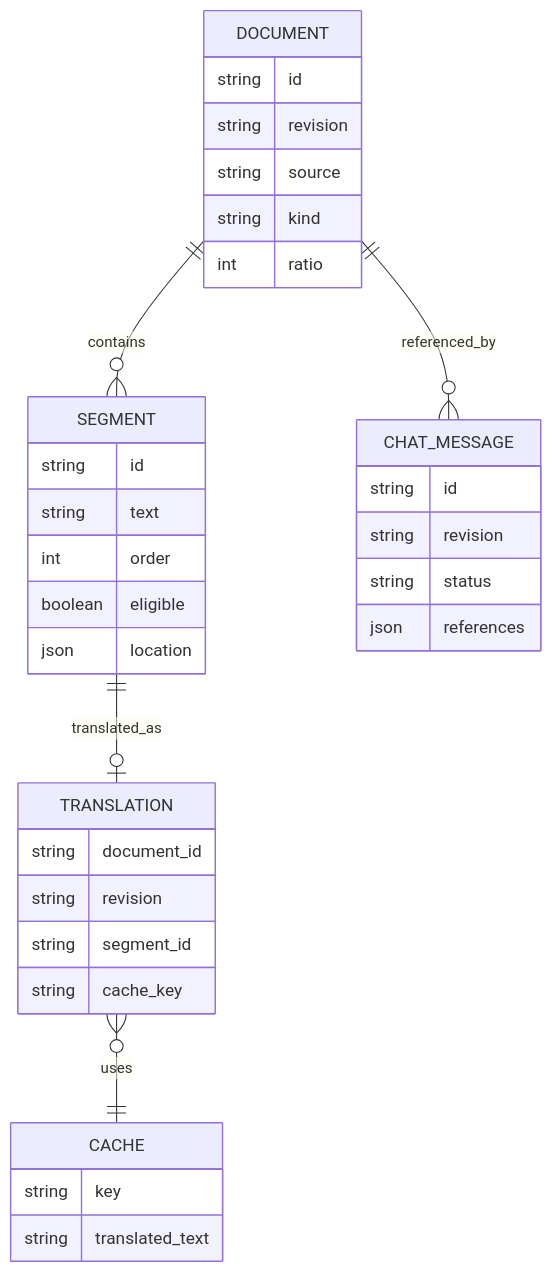
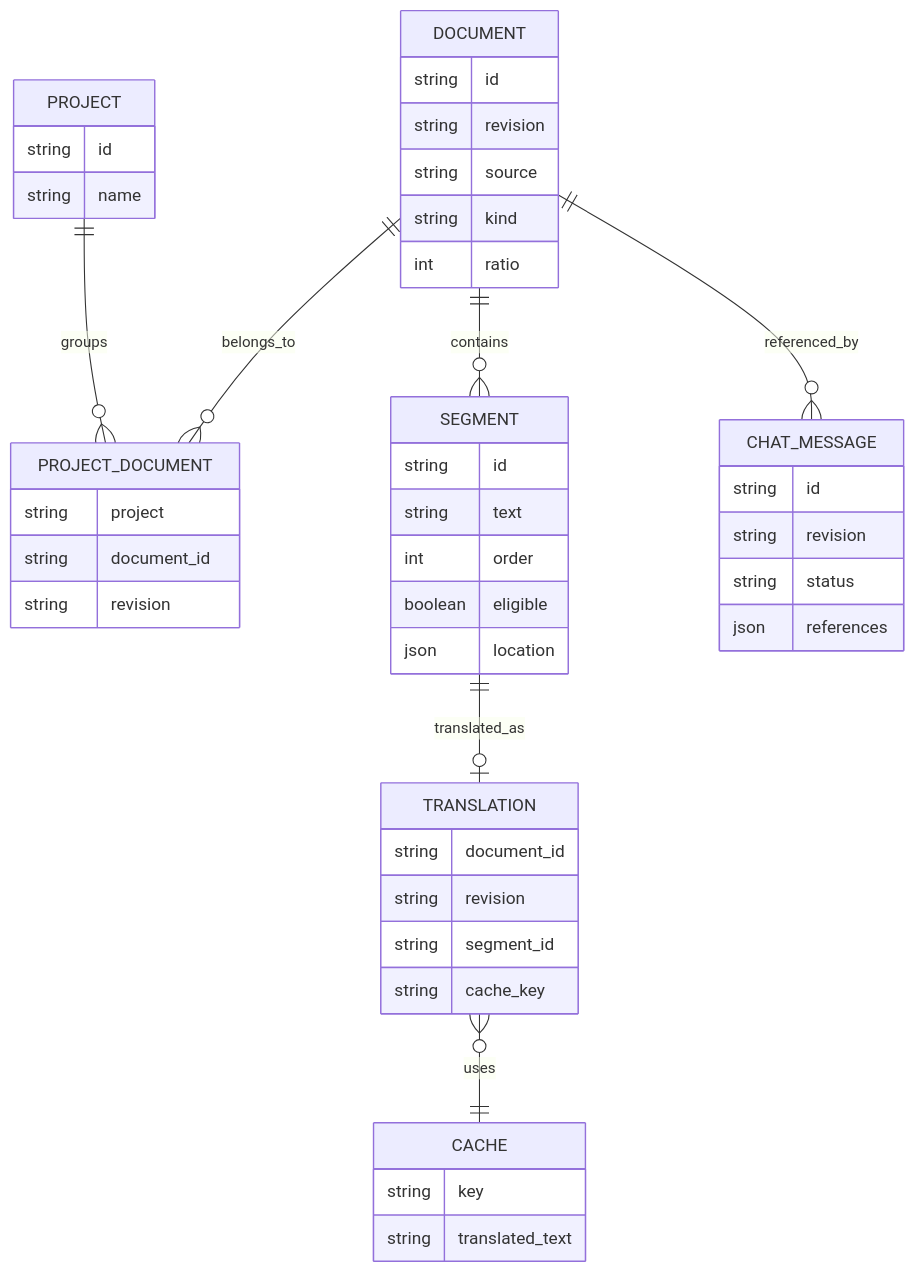
The second of 4 diagrams in docs/architecture.md (k-zshiba/Gradia), drawn with Mermaid before and after one commit. The commit also changed other lines of this file and 15 other files, not shown here.

````diff
--- a/docs/architecture.md
+++ b/docs/architecture.md
@@ -34,37 +34,48 @@
 ```mermaid
 erDiagram
+  PROJECT ||--o{ PROJECT_DOCUMENT : groups
+  DOCUMENT ||--o{ PROJECT_DOCUMENT : belongs_to
   DOCUMENT ||--o{ SEGMENT : contains
   SEGMENT ||--o| TRANSLATION : translated_as
   DOCUMENT ||--o{ CHAT_MESSAGE : referenced_by
   TRANSLATION }o--|| CACHE : uses
   DOCUMENT {
     string id
     string revision
     string source
     string kind
     int ratio
+  }
+  PROJECT {
+    string id
+    string name
+  }
+  PROJECT_DOCUMENT {
+    string project
+    string document_id
+    string revision
   }
   SEGMENT {
     string id
     string text
     int order
     boolean eligible
     json location
   }
   TRANSLATION {
     string document_id
     string revision
     string segment_id
     string cache_key
   }
   CACHE {
     string key
     string translated_text
   }
   CHAT_MESSAGE {
     string id
     string revision
     string status
     json references
   }
 ```
````
